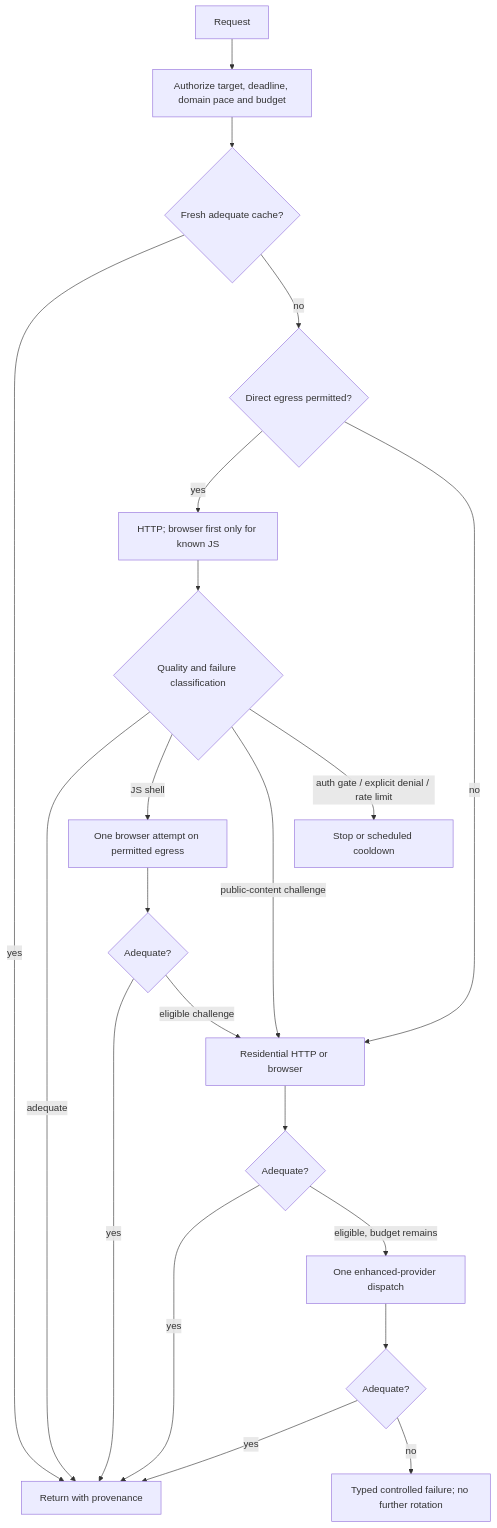
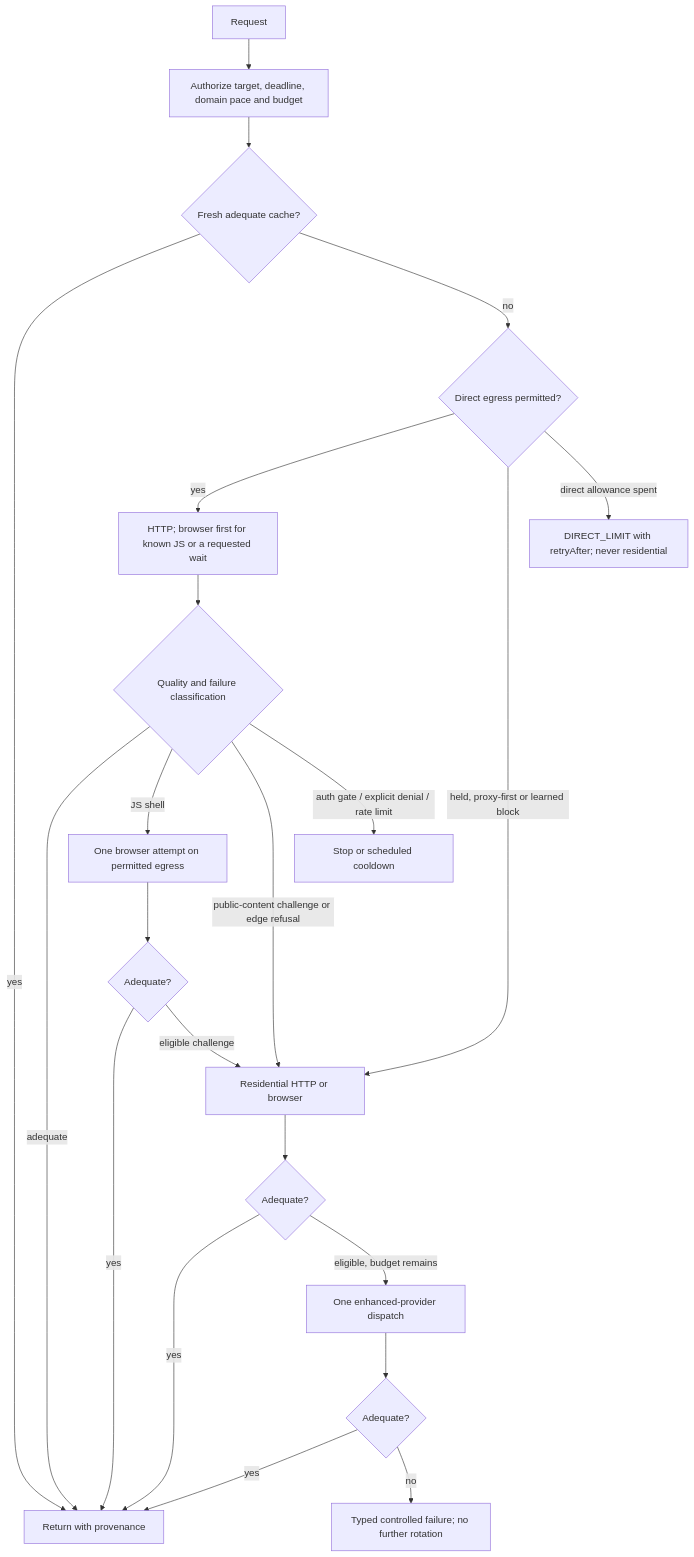
Before and after one commit to scalinity/Firecrawl-Pi: the third of 8 diagrams in docs/FIRECRAWL_PI_SPEC.md, drawn with Mermaid. The commit also changed other lines of this file and 2 other files, not shown here.

````diff
--- a/docs/FIRECRAWL_PI_SPEC.md
+++ b/docs/FIRECRAWL_PI_SPEC.md
@@ -295,23 +295,24 @@
 ```mermaid
 flowchart TD
     Q[Request] --> V[Authorize target, deadline, domain pace and budget]
     V --> C{Fresh adequate cache?}
     C -->|yes| OK[Return with provenance]
     C -->|no| D{Direct egress permitted?}
-    D -->|yes| H[HTTP; browser first only for known JS]
-    D -->|no| P[Residential HTTP or browser]
+    D -->|yes| H[HTTP; browser first for known JS or a requested wait]
+    D -->|held, proxy-first or learned block| P[Residential HTTP or browser]
+    D -->|direct allowance spent| LIM[DIRECT_LIMIT with retryAfter; never residential]
     H --> K{Quality and failure classification}
     K -->|adequate| OK
     K -->|JS shell| B[One browser attempt on permitted egress]
-    K -->|public-content challenge| P
+    K -->|public-content challenge or edge refusal| P
     K -->|auth gate / explicit denial / rate limit| STOP[Stop or scheduled cooldown]
     B --> K2{Adequate?}
     K2 -->|yes| OK
     K2 -->|eligible challenge| P
     P --> K3{Adequate?}
     K3 -->|yes| OK
     K3 -->|eligible, budget remains| E[One enhanced-provider dispatch]
     E --> K4{Adequate?}
     K4 -->|yes| OK
     K4 -->|no| FAIL[Typed controlled failure; no further rotation]
 ```
````
